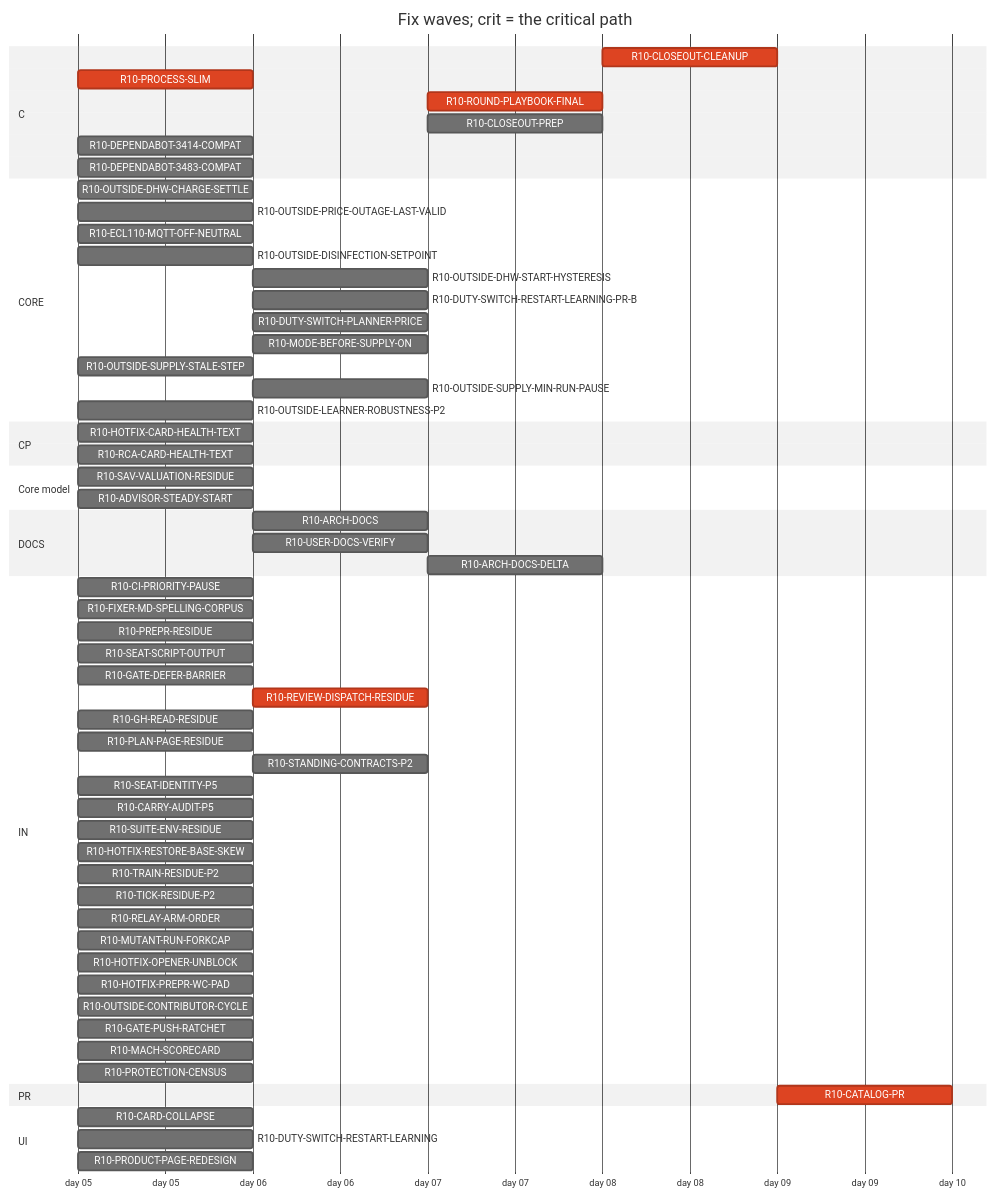
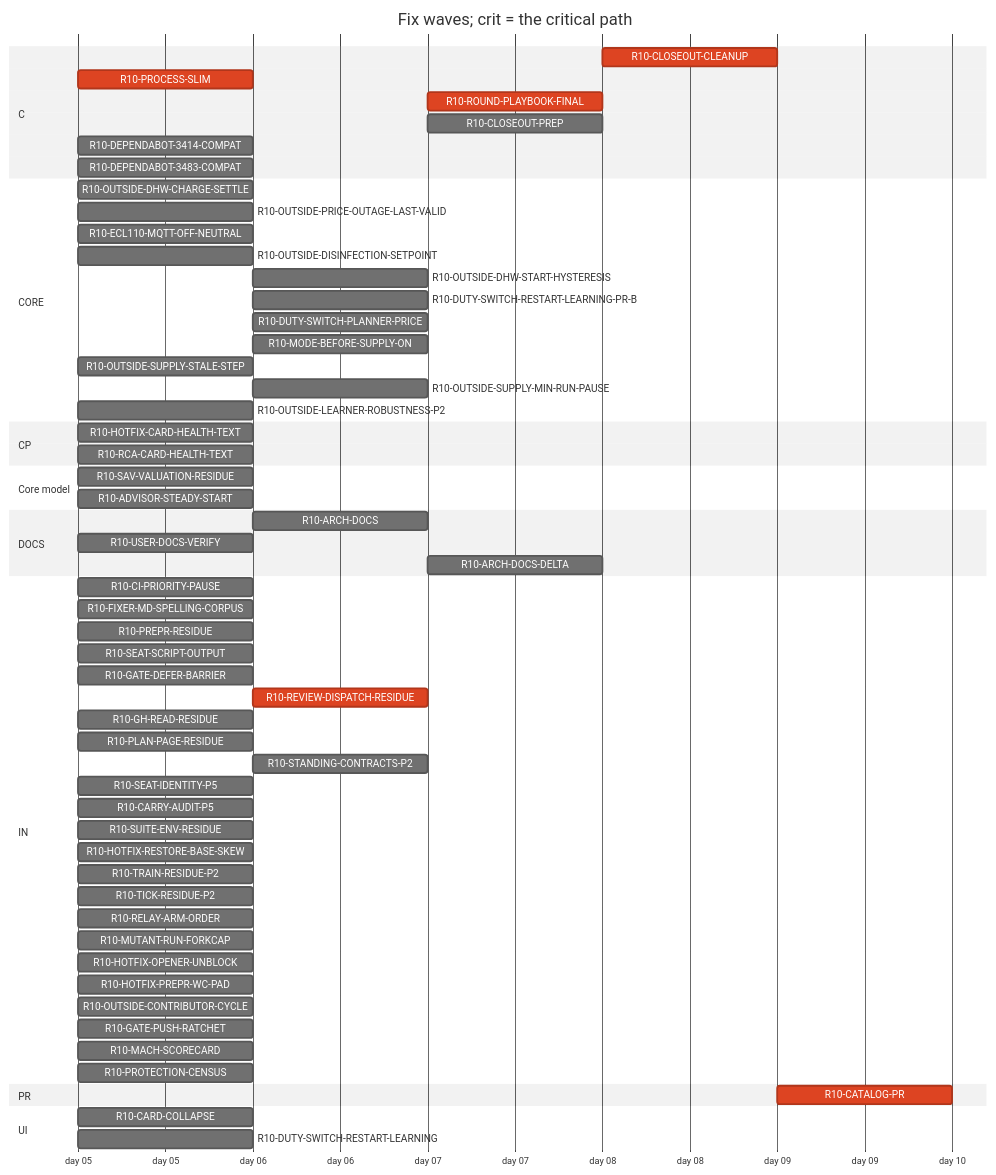
One commit to tvofi/heatpump_optimizer changed the diagram in handoff/round10/state/PLAN-TABLE.md. Above: the diagram before and after it, drawn with Mermaid (neutral theme). The commit also changed other lines of this file and 3 other files, not shown here.

Commit message:
state: FLOW-BOARD.md, NEXT-SESSION-PROMPT.md, PLAN-TABLE.md, RESUME-CURRENT.md regenerated (state_docs.py)

````diff
--- a/handoff/round10/state/PLAN-TABLE.md
+++ b/handoff/round10/state/PLAN-TABLE.md
@@ -21,65 +21,64 @@
 ```mermaid
 gantt
   title Fix waves; crit = the critical path
   dateFormat YYYY-MM-DD
   axisFormat day %d
   section C
     R10-CLOSEOUT-CLEANUP :crit, r10CLOSEOUTCLEANUP, after r10ARCHDOCS r10USERDOCSVERIFY r10ROUNDPLAYBOOKFINAL r10CLOSEOUTPREP r10ARCHDOCSDELTA, 1d
     R10-PROCESS-SLIM :crit, r10PROCESSSLIM, 2026-01-05, 1d
     R10-ROUND-PLAYBOOK-FINAL :crit, r10ROUNDPLAYBOOKFINAL, after r10PROCESSSLIM r10FIXERMDSPELLINGCORPUS r10PREPRRESIDUE r10SEATSCRIPTOUTPUT r10REVIEWDISPATCHRESIDUE r10CARRYAUDITP5 r10SEATIDENTITYP5 r10STANDINGCONTRACTSP2 r10PLANPAGERESIDUE r10GHREADRESIDUE r10SUITEENVRESIDUE r10GATEDEFERBARRIER, 1d
     R10-CLOSEOUT-PREP :r10CLOSEOUTPREP, after r10ARCHDOCS r10PROCESSSLIM r10FIXERMDSPELLINGCORPUS r10PREPRRESIDUE r10SEATSCRIPTOUTPUT r10REVIEWDISPATCHRESIDUE r10CARRYAUDITP5 r10SEATIDENTITYP5 r10STANDINGCONTRACTSP2 r10PLANPAGERESIDUE r10GHREADRESIDUE r10SUITEENVRESIDUE r10GATEDEFERBARRIER, 1d
     R10-DEPENDABOT-3414-COMPAT :r10DEPENDABOT3414COMPAT, 2026-01-05, 1d
     R10-DEPENDABOT-3483-COMPAT :r10DEPENDABOT3483COMPAT, 2026-01-05, 1d
   section CORE
     R10-OUTSIDE-DHW-CHARGE-SETTLE :r10OUTSIDEDHWCHARGESETTLE, 2026-01-05, 1d
     R10-OUTSIDE-PRICE-OUTAGE-LAST-VALID :r10OUTSIDEPRICEOUTAGELASTVALID, 2026-01-05, 1d
     R10-ECL110-MQTT-OFF-NEUTRAL :r10ECL110MQTTOFFNEUTRAL, 2026-01-05, 1d
     R10-OUTSIDE-DISINFECTION-SETPOINT :r10OUTSIDEDISINFECTIONSETPOINT, 2026-01-05, 1d
     R10-OUTSIDE-DHW-START-HYSTERESIS :r10OUTSIDEDHWSTARTHYSTERESIS, after r10OUTSIDEDISINFECTIONSETPOINT, 1d
     R10-DUTY-SWITCH-RESTART-LEARNING-PR-B :r10DUTYSWITCHRESTARTLEARNINGPRB, after r10DUTYSWITCHRESTARTLEARNING, 1d
     R10-DUTY-SWITCH-PLANNER-PRICE :r10DUTYSWITCHPLANNERPRICE, after r10DUTYSWITCHRESTARTLEARNING, 1d
     R10-MODE-BEFORE-SUPPLY-ON :r10MODEBEFORESUPPLYON, after r10DUTYSWITCHRESTARTLEARNING, 1d
     R10-OUTSIDE-SUPPLY-STALE-STEP :r10OUTSIDESUPPLYSTALESTEP, 2026-01-05, 1d
     R10-OUTSIDE-SUPPLY-MIN-RUN-PAUSE :r10OUTSIDESUPPLYMINRUNPAUSE, after r10OUTSIDESUPPLYSTALESTEP, 1d
     R10-OUTSIDE-LEARNER-ROBUSTNESS-P2 :r10OUTSIDELEARNERROBUSTNESSP2, 2026-01-05, 1d
   section CP
     R10-HOTFIX-CARD-HEALTH-TEXT :r10HOTFIXCARDHEALTHTEXT, 2026-01-05, 1d
     R10-RCA-CARD-HEALTH-TEXT :r10RCACARDHEALTHTEXT, 2026-01-05, 1d
   section Core model
     R10-SAV-VALUATION-RESIDUE :r10SAVVALUATIONRESIDUE, 2026-01-05, 1d
     R10-ADVISOR-STEADY-START :r10ADVISORSTEADYSTART, 2026-01-05, 1d
   section DOCS
     R10-ARCH-DOCS :r10ARCHDOCS, after r10PROCESSSLIM, 1d
-    R10-USER-DOCS-VERIFY :r10USERDOCSVERIFY, after r10PRODUCTPAGEREDESIGN, 1d
+    R10-USER-DOCS-VERIFY :r10USERDOCSVERIFY, 2026-01-05, 1d
     R10-ARCH-DOCS-DELTA :r10ARCHDOCSDELTA, after r10ARCHDOCS r10SAVVALUATIONRESIDUE r10ADVISORSTEADYSTART, 1d
   section IN
     R10-CI-PRIORITY-PAUSE :r10CIPRIORITYPAUSE, 2026-01-05, 1d
     R10-FIXER-MD-SPELLING-CORPUS :r10FIXERMDSPELLINGCORPUS, 2026-01-05, 1d
     R10-PREPR-RESIDUE :r10PREPRRESIDUE, 2026-01-05, 1d
     R10-SEAT-SCRIPT-OUTPUT :r10SEATSCRIPTOUTPUT, 2026-01-05, 1d
     R10-GATE-DEFER-BARRIER :r10GATEDEFERBARRIER, 2026-01-05, 1d
     R10-REVIEW-DISPATCH-RESIDUE :crit, r10REVIEWDISPATCHRESIDUE, after r10PROCESSSLIM, 1d
     R10-GH-READ-RESIDUE :r10GHREADRESIDUE, 2026-01-05, 1d
     R10-PLAN-PAGE-RESIDUE :r10PLANPAGERESIDUE, 2026-01-05, 1d
     R10-STANDING-CONTRACTS-P2 :r10STANDINGCONTRACTSP2, after r10FIXERMDSPELLINGCORPUS, 1d
     R10-SEAT-IDENTITY-P5 :r10SEATIDENTITYP5, 2026-01-05, 1d
     R10-CARRY-AUDIT-P5 :r10CARRYAUDITP5, 2026-01-05, 1d
     R10-SUITE-ENV-RESIDUE :r10SUITEENVRESIDUE, 2026-01-05, 1d
     R10-HOTFIX-RESTORE-BASE-SKEW :r10HOTFIXRESTOREBASESKEW, 2026-01-05, 1d
     R10-TRAIN-RESIDUE-P2 :r10TRAINRESIDUEP2, 2026-01-05, 1d
     R10-TICK-RESIDUE-P2 :r10TICKRESIDUEP2, 2026-01-05, 1d
     R10-RELAY-ARM-ORDER :r10RELAYARMORDER, 2026-01-05, 1d
     R10-MUTANT-RUN-FORKCAP :r10MUTANTRUNFORKCAP, 2026-01-05, 1d
     R10-HOTFIX-OPENER-UNBLOCK :r10HOTFIXOPENERUNBLOCK, 2026-01-05, 1d
     R10-HOTFIX-PREPR-WC-PAD :r10HOTFIXPREPRWCPAD, 2026-01-05, 1d
     R10-OUTSIDE-CONTRIBUTOR-CYCLE :r10OUTSIDECONTRIBUTORCYCLE, 2026-01-05, 1d
     R10-GATE-PUSH-RATCHET :r10GATEPUSHRATCHET, 2026-01-05, 1d
     R10-MACH-SCORECARD :r10MACHSCORECARD, 2026-01-05, 1d
     R10-PROTECTION-CENSUS :r10PROTECTIONCENSUS, 2026-01-05, 1d
   section PR
     R10-CATALOG-PR :crit, r10CATALOGPR, after r10USERDOCSVERIFY r10ARCHDOCS r10ROUNDPLAYBOOKFINAL r10CLOSEOUTCLEANUP r10CLOSEOUTPREP r10ARCHDOCSDELTA, 1d
   section UI
     R10-CARD-COLLAPSE :r10CARDCOLLAPSE, 2026-01-05, 1d
     R10-DUTY-SWITCH-RESTART-LEARNING :r10DUTYSWITCHRESTARTLEARNING, 2026-01-05, 1d
-    R10-PRODUCT-PAGE-REDESIGN :r10PRODUCTPAGEREDESIGN, 2026-01-05, 1d
 ```
````
